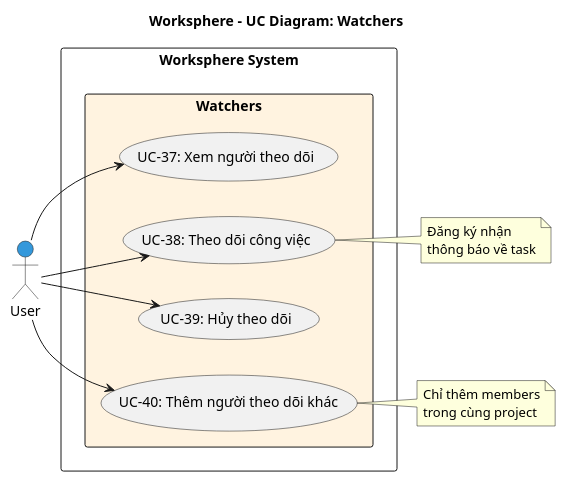
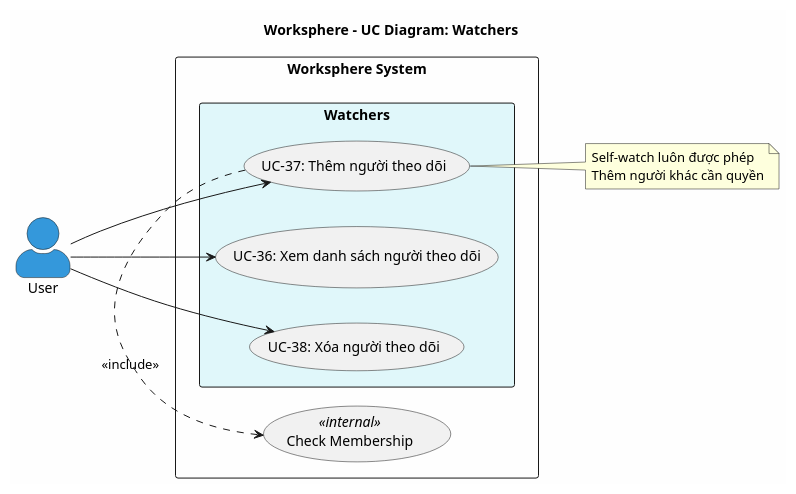
The diagram in docs/usecases/09-watchers.md (docuong039/worksphere), drawn with PlantUML before and after one commit. The commit also changed other lines of this file and 44 other files, not shown here.

Commit message:
update diagram trong docs

````diff
--- a/docs/usecases/09-watchers.md
+++ b/docs/usecases/09-watchers.md
@@ -17,34 +32,33 @@
 ```plantuml
 @startuml
 left to right direction
 skinparam packageStyle rectangle
+skinparam actorStyle awesome
+skinparam backgroundColor #FEFEFE
 
 title Worksphere - UC Diagram: Watchers
 
 actor "User" as User #3498DB
 
 rectangle "Worksphere System" {
-  package "Watchers" #FFF3E0 {
-    usecase "UC-37: Xem người theo dõi" as UC37
-    usecase "UC-38: Theo dõi công việc" as UC38
-    usecase "UC-39: Hủy theo dõi" as UC39
-    usecase "UC-40: Thêm người theo dõi khác" as UC40
+  package "Watchers" #E0F7FA {
+    usecase "UC-36: Xem danh sách người theo dõi" as UC36
+    usecase "UC-37: Thêm người theo dõi" as UC37
+    usecase "UC-38: Xóa người theo dõi" as UC38
   }
+  
+  usecase "Check Membership" as UC_MEM <<internal>>
 }
 
+User --> UC36
 User --> UC37
 User --> UC38
-User --> UC39
-User --> UC40
 
-note right of UC38
-  Đăng ký nhận
-  thông báo về task
-end note
+UC37 .> UC_MEM : <<include>>
 
-note right of UC40
-  Chỉ thêm members
-  trong cùng project
+note right of UC37
+  Self-watch luôn được phép
+  Thêm người khác cần quyền
 end note
 @enduml
 ```
````
